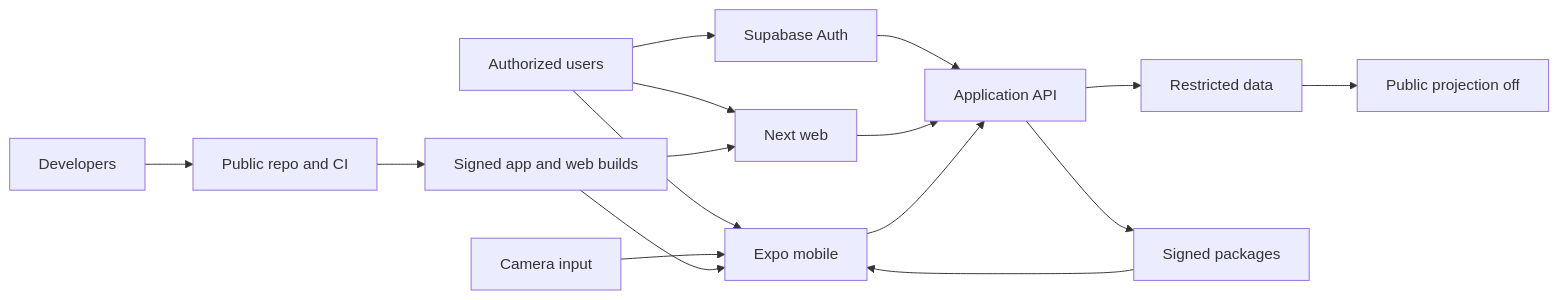
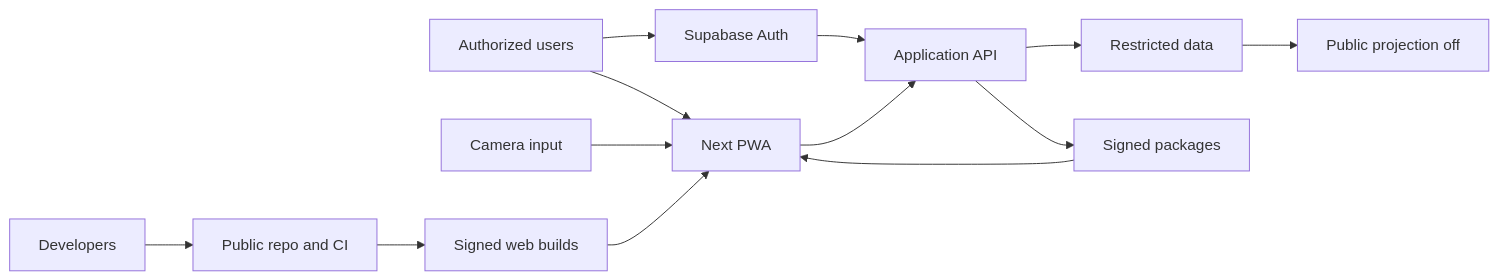
The diagram in docs/security/whiterabbit-threat-model.md (sicparvisventures/whiterabbit), drawn with Mermaid before and after one commit. The commit also changed other lines of this file and 8 other files, not shown here.

````diff
--- a/docs/security/whiterabbit-threat-model.md
+++ b/docs/security/whiterabbit-threat-model.md
@@ -126,18 +128,15 @@
 ```mermaid
 flowchart LR
   Dev["Developers"] --> Repo["Public repo and CI"]
   User["Authorized users"] --> Auth["Supabase Auth"]
   Auth --> API["Application API"]
-  User --> Mobile["Expo mobile"]
-  User --> Web["Next web"]
-  Camera["Camera input"] --> Mobile
+  User --> Web["Next PWA"]
+  Camera["Camera input"] --> Web
   Web --> API
-  Mobile --> API
   API --> Data["Restricted data"]
   API --> Packages["Signed packages"]
-  Packages --> Mobile
+  Packages --> Web
   Data --> Projection["Public projection off"]
-  Repo --> Builds["Signed app and web builds"]
-  Builds --> Mobile
+  Repo --> Builds["Signed web builds"]
   Builds --> Web
 ```
````
